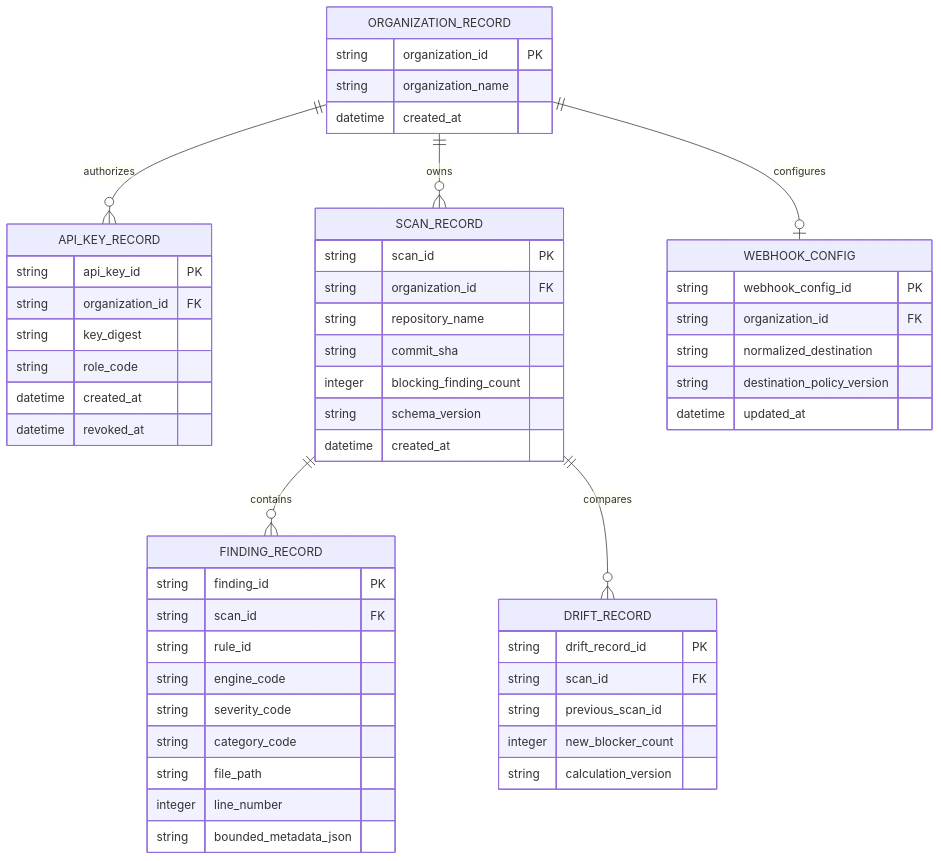
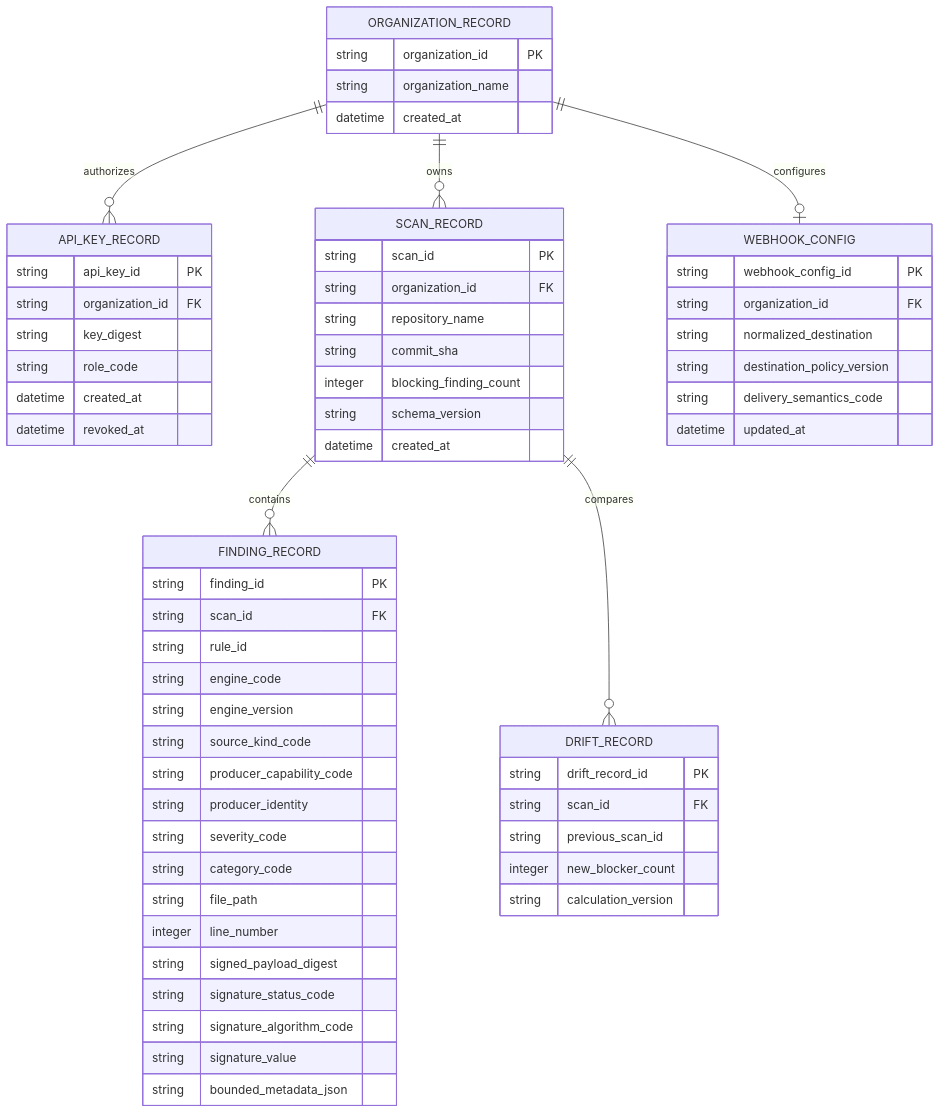
Before and after one commit to ContextualWisdomLab/appguardrail: the first of 3 diagrams in docs/ERD.md, drawn with Mermaid. The commit also changed other lines of this file, not shown here.

````diff
--- a/docs/ERD.md
+++ b/docs/ERD.md
@@ -10,61 +10,70 @@
 ```mermaid
 erDiagram
     ORGANIZATION_RECORD ||--o{ API_KEY_RECORD : authorizes
     ORGANIZATION_RECORD ||--o{ SCAN_RECORD : owns
     SCAN_RECORD ||--o{ FINDING_RECORD : contains
     ORGANIZATION_RECORD ||--o| WEBHOOK_CONFIG : configures
     SCAN_RECORD ||--o{ DRIFT_RECORD : compares
 
     ORGANIZATION_RECORD {
       string organization_id PK
       string organization_name
       datetime created_at
     }
 
     API_KEY_RECORD {
       string api_key_id PK
       string organization_id FK
       string key_digest
       string role_code
       datetime created_at
       datetime revoked_at
     }
 
     SCAN_RECORD {
       string scan_id PK
       string organization_id FK
       string repository_name
       string commit_sha
       integer blocking_finding_count
       string schema_version
       datetime created_at
     }
 
     FINDING_RECORD {
       string finding_id PK
       string scan_id FK
       string rule_id
       string engine_code
+      string engine_version
+      string source_kind_code
+      string producer_capability_code
+      string producer_identity
       string severity_code
       string category_code
       string file_path
       integer line_number
+      string signed_payload_digest
+      string signature_status_code
+      string signature_algorithm_code
+      string signature_value
       string bounded_metadata_json
     }
 
     DRIFT_RECORD {
       string drift_record_id PK
       string scan_id FK
       string previous_scan_id
       integer new_blocker_count
       string calculation_version
     }
 
     WEBHOOK_CONFIG {
       string webhook_config_id PK
       string organization_id FK
       string normalized_destination
       string destination_policy_version
+      string delivery_semantics_code
       datetime updated_at
     }
 ```
````
